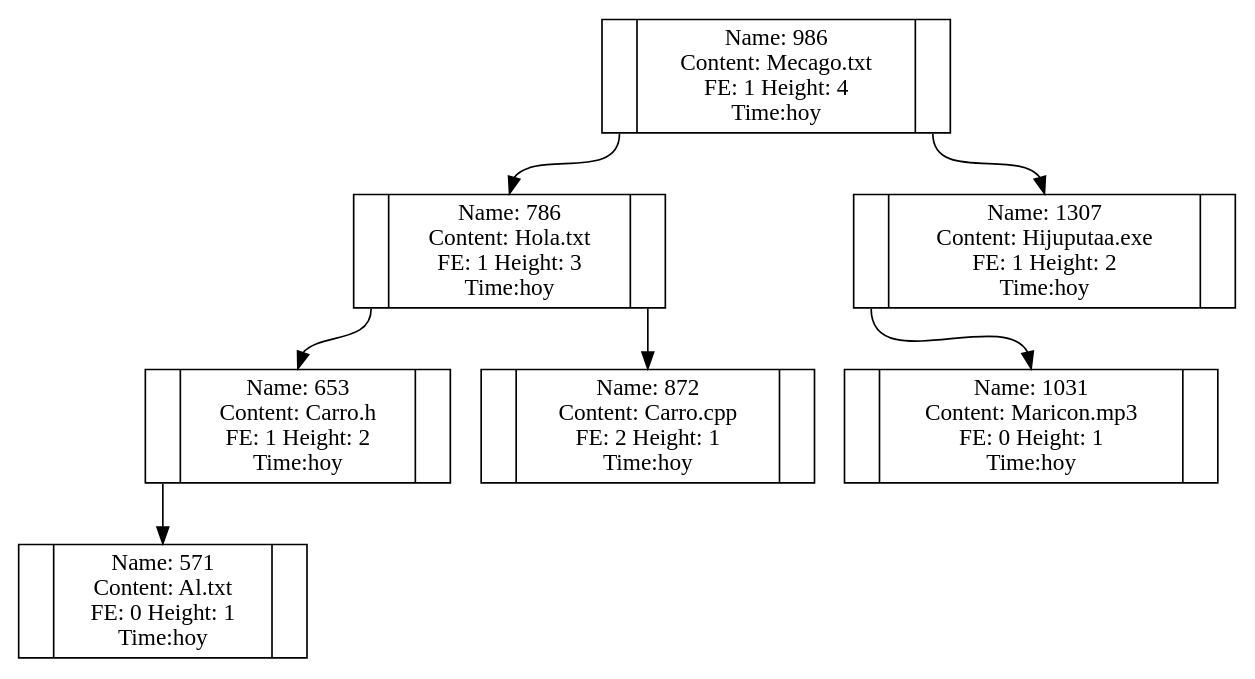
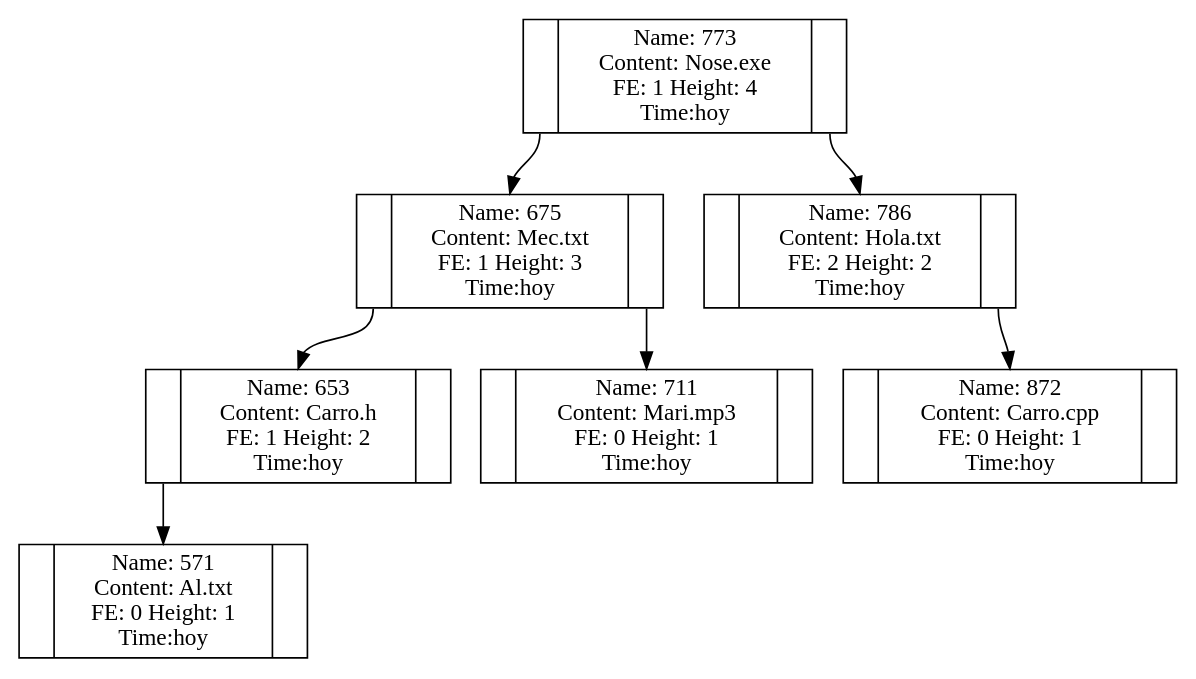
One commit to EH0809/EDD_2S2019_PY2_201520498 changed the diagram in AVL.dot. Above: the diagram before and after it, drawn with Graphviz.

```diff
--- a/AVL.dot
+++ b/AVL.dot
@@ -1,14 +1,14 @@
- digraph AVL{Node_986[label= " <f0>| <f1> Name: 986\n Content: Mecago.txt\n FE: 1 Height: 4\n Time:hoy|<f2> " shape="record"] ; 
-Node_986:f0->Node_786:f1; 
-Node_786[label= " <f0>| <f1> Name: 786\n Content: Hola.txt\n FE: 1 Height: 3\n Time:hoy|<f2> " shape="record"] ; 
-Node_786:f0->Node_653:f1; 
+ digraph AVL{Node_773[label= " <f0>| <f1> Name: 773\n Content: Nose.exe\n FE: 1 Height: 4\n Time:hoy|<f2> " shape="record"] ; 
+Node_773:f0->Node_675:f1; 
+Node_675[label= " <f0>| <f1> Name: 675\n Content: Mec.txt\n FE: 1 Height: 3\n Time:hoy|<f2> " shape="record"] ; 
+Node_675:f0->Node_653:f1; 
 Node_653[label= " <f0>| <f1> Name: 653\n Content: Carro.h\n FE: 1 Height: 2\n Time:hoy|<f2> " shape="record"] ; 
 Node_653:f0->Node_571:f1; 
 Node_571[label= " <f0>| <f1> Name: 571\n Content: Al.txt\n FE: 0 Height: 1\n Time:hoy|<f2> " shape="record"] ; 
+Node_675:f2->Node_711:f1; 
+Node_711[label= " <f0>| <f1> Name: 711\n Content: Mari.mp3\n FE: 0 Height: 1\n Time:hoy|<f2> " shape="record"] ; 
+Node_773:f2->Node_786:f1; 
+Node_786[label= " <f0>| <f1> Name: 786\n Content: Hola.txt\n FE: 2 Height: 2\n Time:hoy|<f2> " shape="record"] ; 
 Node_786:f2->Node_872:f1; 
-Node_872[label= " <f0>| <f1> Name: 872\n Content: Carro.cpp\n FE: 2 Height: 1\n Time:hoy|<f2> " shape="record"] ; 
-Node_986:f2->Node_1307:f1; 
-Node_1307[label= " <f0>| <f1> Name: 1307\n Content: Hijuputaa.exe\n FE: 1 Height: 2\n Time:hoy|<f2> " shape="record"] ; 
-Node_1307:f0->Node_1031:f1; 
-Node_1031[label= " <f0>| <f1> Name: 1031\n Content: Maricon.mp3\n FE: 0 Height: 1\n Time:hoy|<f2> " shape="record"] ; 
+Node_872[label= " <f0>| <f1> Name: 872\n Content: Carro.cpp\n FE: 0 Height: 1\n Time:hoy|<f2> " shape="record"] ; 
 }
```
